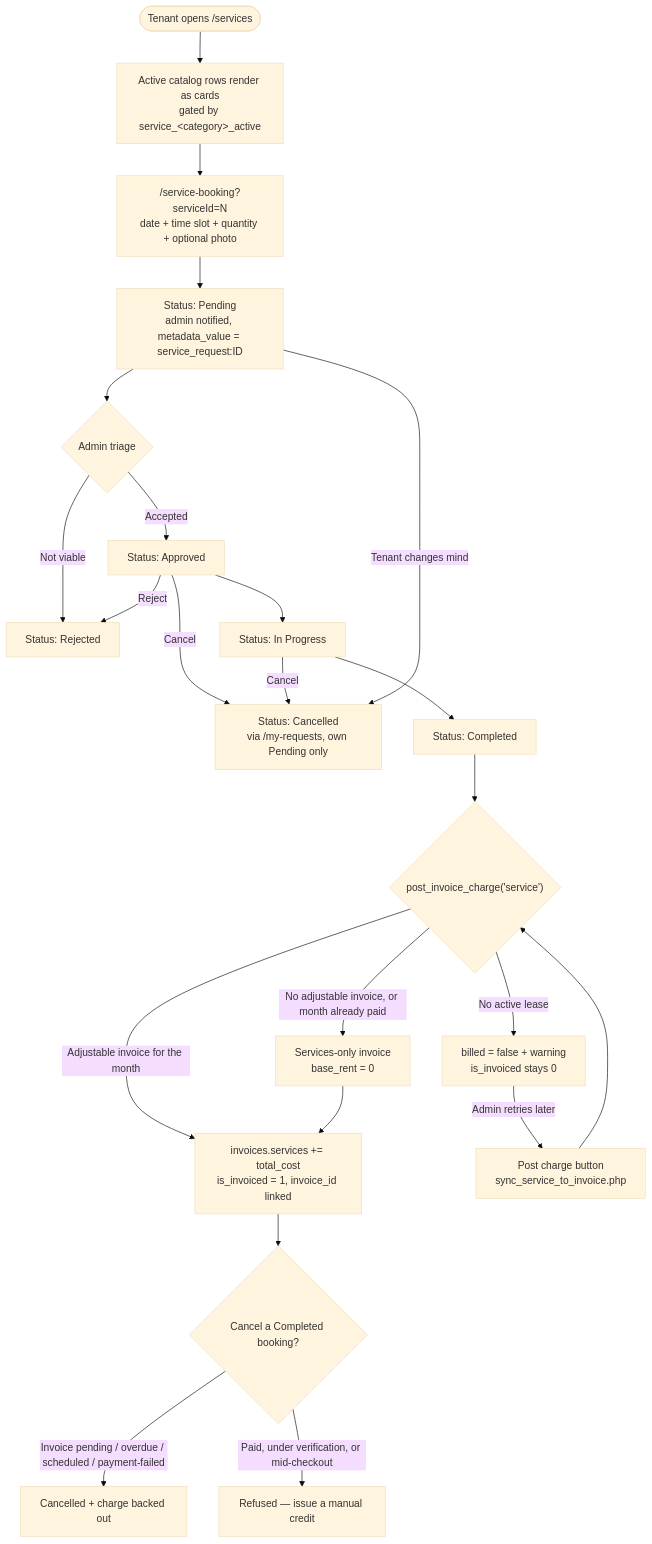
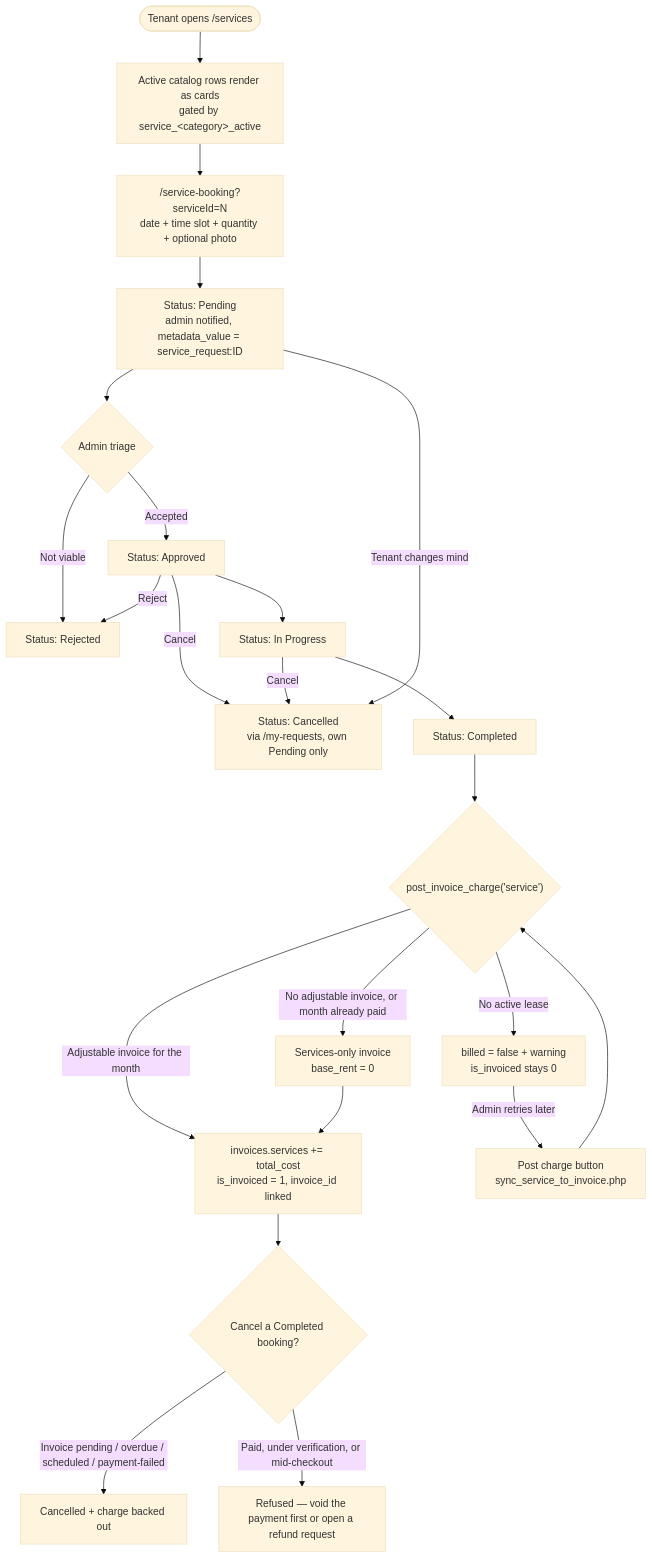
The diagram in docs/features/service_management_design.md (Keonbe/ApartmentManagementSystem_React), drawn with Mermaid (base theme) before and after one commit. The commit also changed 11 other files, not shown here.

````diff
--- a/docs/features/service_management_design.md
+++ b/docs/features/service_management_design.md
@@ -48,25 +48,25 @@
 ```mermaid
 flowchart TD
     A(["Tenant opens /services"]) --> B["Active catalog rows render as cards<br/>gated by service_&lt;category&gt;_active"]
     B --> C["/service-booking?serviceId=N<br/>date + time slot + quantity + optional photo"]
     C --> D["Status: Pending<br/>admin notified, metadata_value = service_request:ID"]
     D --> E{"Admin triage"}
     E -->|Not viable| F["Status: Rejected"]
     E -->|Accepted| G["Status: Approved"]
     D -->|Tenant changes mind| H["Status: Cancelled<br/>via /my-requests, own Pending only"]
     G -->|Reject| F
     G -->|Cancel| H
     G --> I["Status: In Progress"]
     I -->|Cancel| H
     I --> J["Status: Completed"]
     J --> K{"post_invoice_charge('service')"}
     K -->|Adjustable invoice for the month| L["invoices.services += total_cost<br/>is_invoiced = 1, invoice_id linked"]
     K -->|No adjustable invoice, or month already paid| S["Services-only invoice<br/>base_rent = 0"]
     S --> L
     K -->|No active lease| M["billed = false + warning<br/>is_invoiced stays 0"]
     M -->|Admin retries later| N["Post charge button<br/>sync_service_to_invoice.php"]
     N --> K
     L --> O{"Cancel a Completed booking?"}
     O -->|Invoice pending / overdue / scheduled / payment-failed| P["Cancelled + charge backed out"]
-    O -->|Paid, under verification, or mid-checkout| Q["Refused — issue a manual credit"]
+    O -->|Paid, under verification, or mid-checkout| Q["Refused — void the payment first or open a refund request"]
 ```
````
